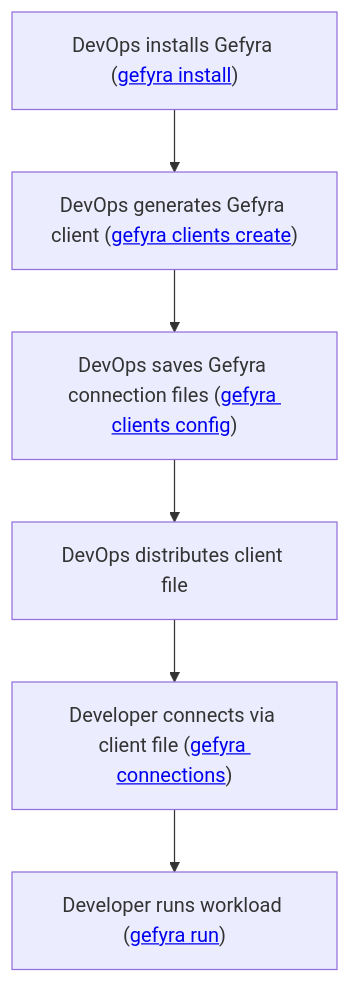
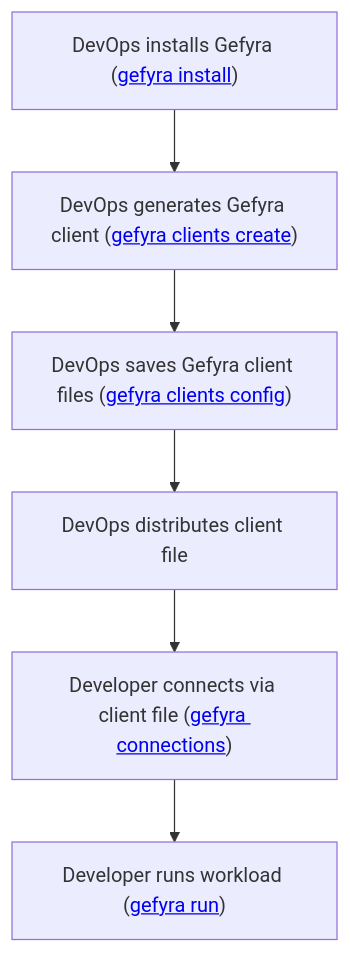
Before and after one commit to gefyrahq/gefyrahq.github.io: the diagram in gefyra/versioned_docs/version-2.0.0/shared-environments/clients.md, drawn with Mermaid. The commit also changed other lines of this file and 5 other files, not shown here.

````diff
--- a/gefyra/versioned_docs/version-2.0.0/shared-environments/clients.md
+++ b/gefyra/versioned_docs/version-2.0.0/shared-environments/clients.md
@@ -22,14 +24,14 @@
 ```mermaid
 flowchart TD;
     install["DevOps installs Gefyra (<a href='/docs/cli#install'>gefyra install</a>)"]
     generate["DevOps generates Gefyra client (<a href='/docs/cli#clients'>gefyra clients create</a>)"]
-    save["DevOps saves Gefyra connection files (<a href='/docs/cli#clients-config'>gefyra clients config</a>)"]
+    save["DevOps saves Gefyra client files (<a href='/docs/cli#clients-config'>gefyra clients config</a>)"]
     distribute["DevOps distributes client file"]
     connect["Developer connects via client file (<a href='/docs/cli#connections'>gefyra connections</a>)"]
     run["Developer runs workload (<a href='/docs/cli#run'>gefyra run</a>)"]
     install-->generate
     generate-->save
     save-->distribute
     distribute-->connect
     connect-->run
 ```
````
